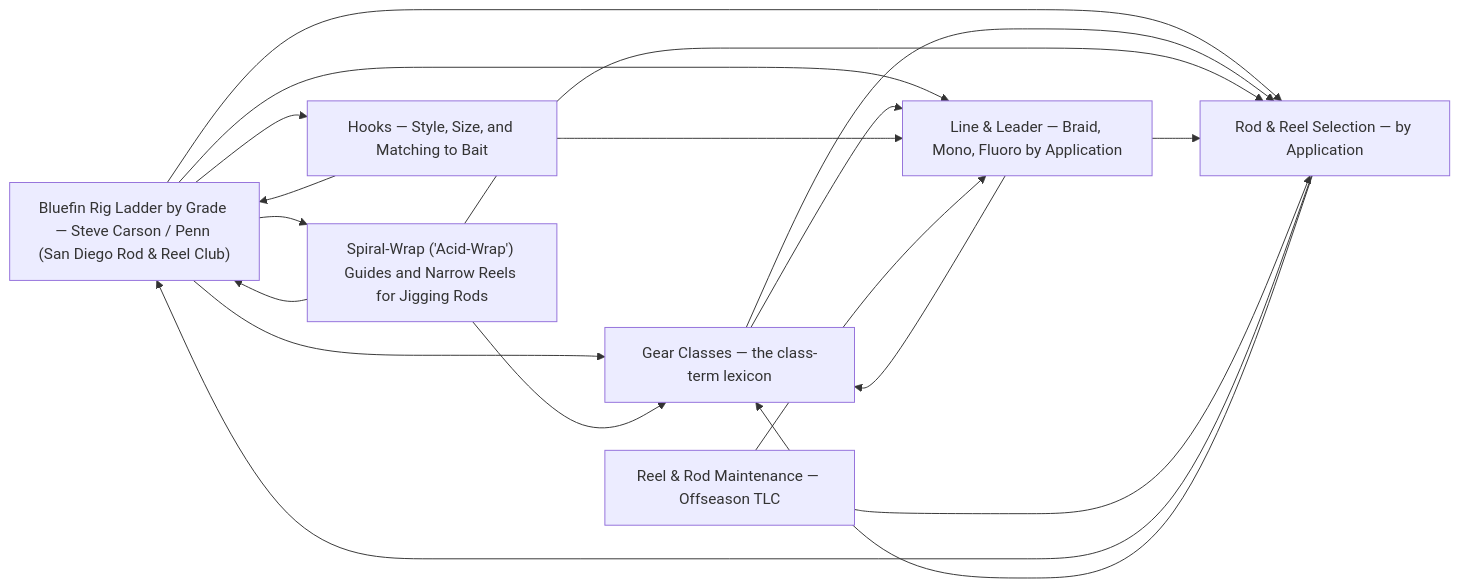
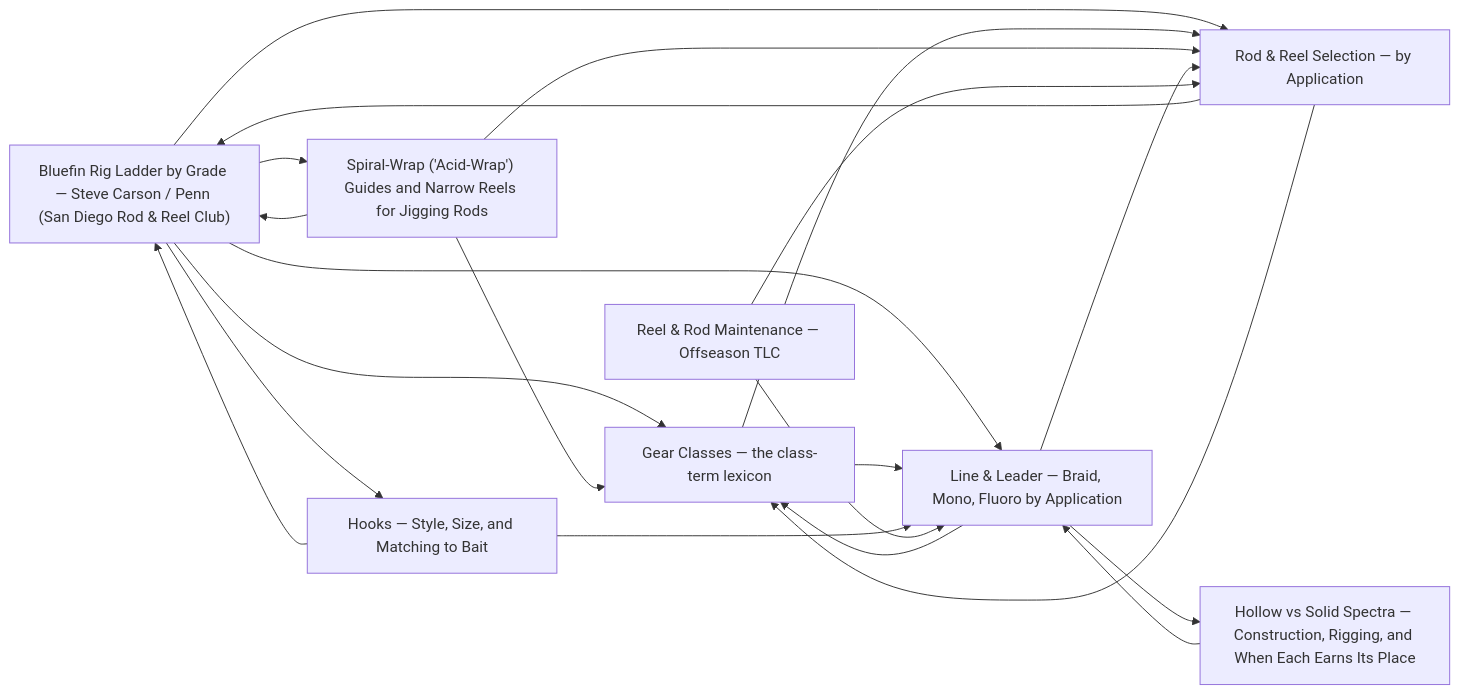
The diagram in tackle/README.md (camchuckpete-max/Socal-Fishing-Knowledge), drawn with Mermaid before and after one commit. The commit also changed other lines of this file and 9 other files, not shown here.

````diff
--- a/tackle/README.md
+++ b/tackle/README.md
@@ -20,28 +21,31 @@
 ```mermaid
 graph LR
   n0["Bluefin Rig Ladder by Grade — Steve Carson / Penn (San Diego Rod & Reel Club)"]
   n1["Gear Classes — the class-term lexicon"]
   n2["Hooks — Style, Size, and Matching to Bait"]
   n3["Spiral-Wrap ('Acid-Wrap') Guides and Narrow Reels for Jigging Rods"]
   n4["Line & Leader — Braid, Mono, Fluoro by Application"]
   n5["Reel & Rod Maintenance — Offseason TLC"]
   n6["Rod & Reel Selection — by Application"]
+  n7["Hollow vs Solid Spectra — Construction, Rigging, and When Each Earns Its Place"]
   n0 --> n1
   n0 --> n2
   n0 --> n3
   n0 --> n4
   n0 --> n6
   n1 --> n4
   n1 --> n6
   n2 --> n0
   n2 --> n4
   n3 --> n0
   n3 --> n1
   n3 --> n6
   n4 --> n1
   n4 --> n6
+  n4 --> n7
   n5 --> n4
   n5 --> n6
   n6 --> n0
   n6 --> n1
+  n7 --> n4
 ```
````
